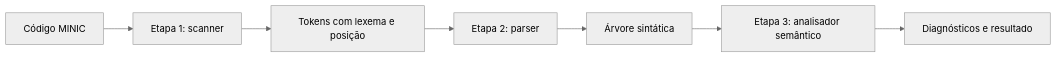
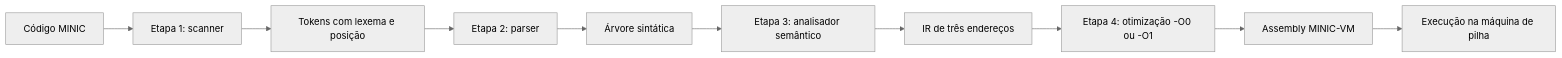
The diagram in README.md (beatrizgba/Ap1-Compiladores), drawn with Mermaid (neutral theme) before and after one commit. The commit also changed other lines of this file and 113 other files, not shown here.

Commit message:
Finaliza MINIC com IR, máquina de pilha, SDD e otimizações

````diff
--- a/README.md
+++ b/README.md
@@ -10,9 +11,12 @@
 ```mermaid
 flowchart LR
     Fonte[Código MINIC] --> Scanner[Etapa 1: scanner]
     Scanner --> Tokens[Tokens com lexema e posição]
     Tokens --> Parser[Etapa 2: parser]
     Parser --> AST[Árvore sintática]
     AST --> Semantico[Etapa 3: analisador semântico]
-    Semantico --> Resultado[Diagnósticos e resultado]
+    Semantico --> IR[IR de três endereços]
+    IR --> Otimizador[Etapa 4: otimização -O0 ou -O1]
+    Otimizador --> Backend[Assembly MINIC-VM]
+    Backend --> Execucao[Execução na máquina de pilha]
 ```
````
